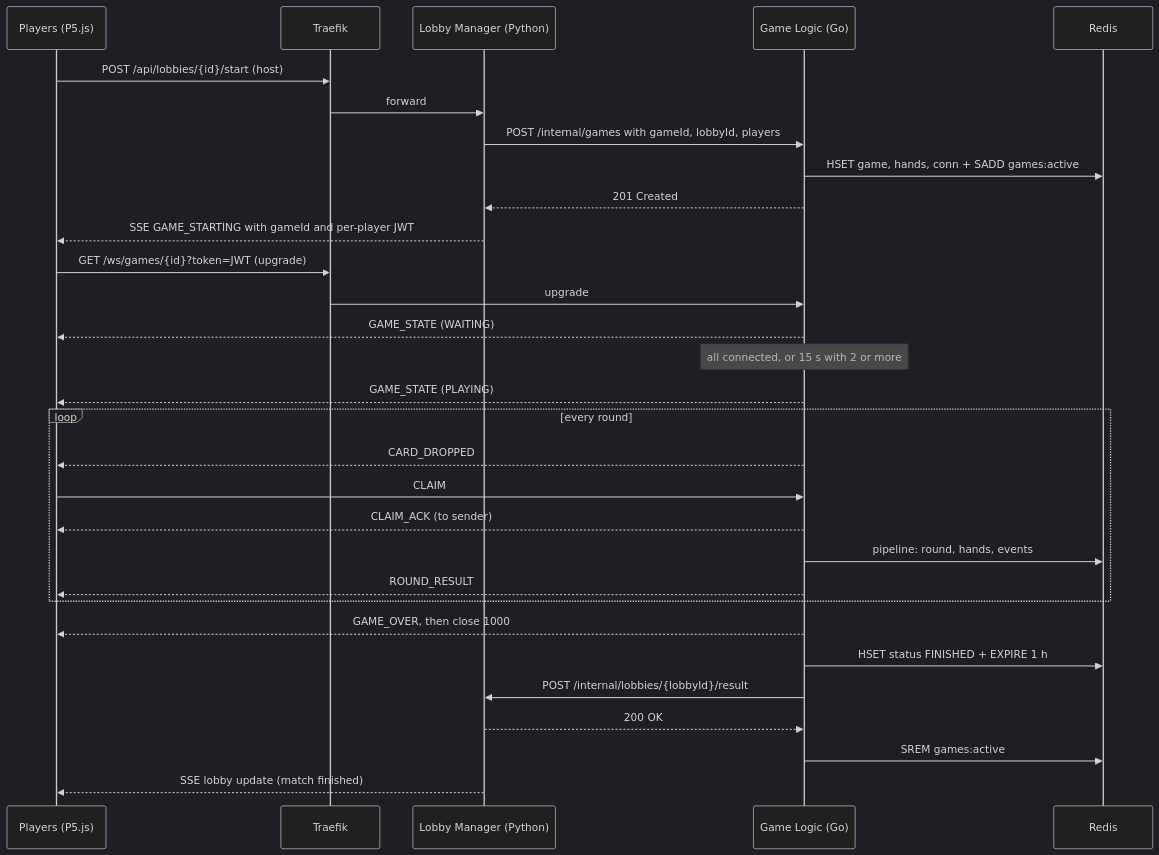
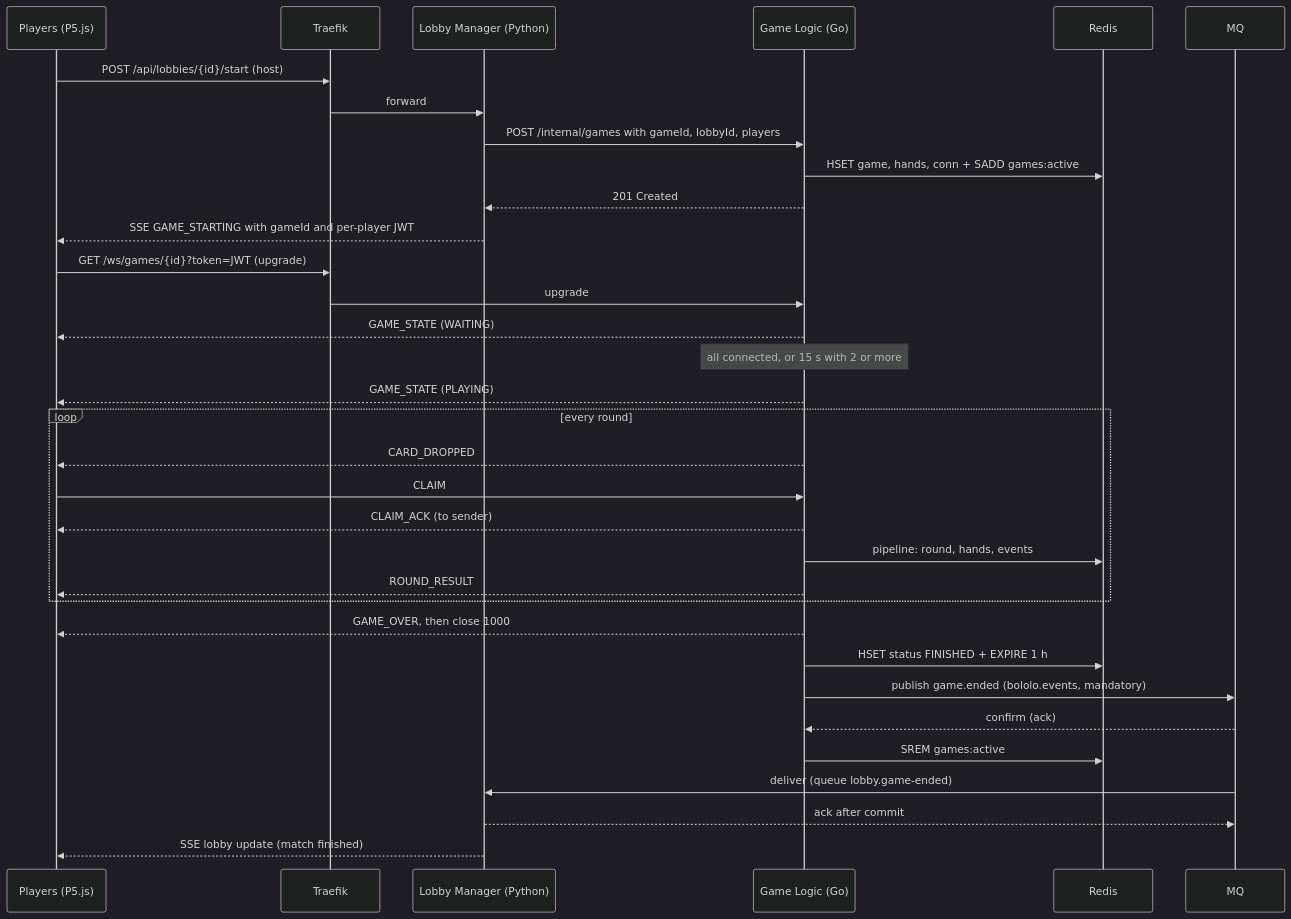
Before and after one commit to soetgdeznsgk/ArchSoft-Group1F: the fifth of 7 diagrams in docs/game-logic-design.md, drawn with Mermaid (dark theme). The commit also changed other lines of this file and 33 other files, not shown here.

First line of the commit message:
Publish game results on RabbitMQ to remove the Lobby <-> Game Logic cycle

````diff
--- a/docs/game-logic-design.md
+++ b/docs/game-logic-design.md
@@ -605,33 +605,35 @@
 ```mermaid
 sequenceDiagram
     participant P as Players (P5.js)
     participant T as Traefik
     participant LM as Lobby Manager (Python)
     participant GO as Game Logic (Go)
     participant R as Redis
 
     P->>T: POST /api/lobbies/{id}/start (host)
     T->>LM: forward
     LM->>GO: POST /internal/games with gameId, lobbyId, players
     GO->>R: HSET game, hands, conn + SADD games:active
     GO-->>LM: 201 Created
     LM-->>P: SSE GAME_STARTING with gameId and per-player JWT
     P->>T: GET /ws/games/{id}?token=JWT (upgrade)
     T->>GO: upgrade
     GO-->>P: GAME_STATE (WAITING)
     Note over GO: all connected, or 15 s with 2 or more
     GO-->>P: GAME_STATE (PLAYING)
     loop every round
         GO-->>P: CARD_DROPPED
         P->>GO: CLAIM
         GO-->>P: CLAIM_ACK (to sender)
         GO->>R: pipeline: round, hands, events
         GO-->>P: ROUND_RESULT
     end
     GO-->>P: GAME_OVER, then close 1000
     GO->>R: HSET status FINISHED + EXPIRE 1 h
-    GO->>LM: POST /internal/lobbies/{lobbyId}/result
-    LM-->>GO: 200 OK
+    GO->>MQ: publish game.ended (bololo.events, mandatory)
+    MQ-->>GO: confirm (ack)
     GO->>R: SREM games:active
+    MQ->>LM: deliver (queue lobby.game-ended)
+    LM-->>MQ: ack after commit
     LM-->>P: SSE lobby update (match finished)
 ```
````
